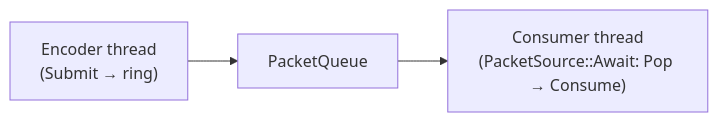
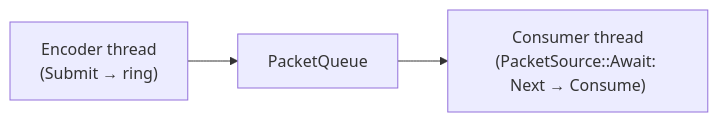
Before and after one commit to oxsource/video_codec: the third of 3 diagrams in codec/doc/architecture/threading.md, drawn with Mermaid. The commit also changed other lines of this file and 13 other files, not shown here.

First line of the commit message:
refactor(queue): rename PacketSource::Pop to Next

````diff
--- a/codec/doc/architecture/threading.md
+++ b/codec/doc/architecture/threading.md
@@ -54,8 +54,8 @@
 ```mermaid
 flowchart LR
     ET["Encoder thread<br/>(Submit → ring)"]
     Q["PacketQueue"]
-    CT["Consumer thread<br/>(PacketSource::Await: Pop → Consume)"]
+    CT["Consumer thread<br/>(PacketSource::Await: Next → Consume)"]
     ET --> Q
     Q --> CT
 ```
````
